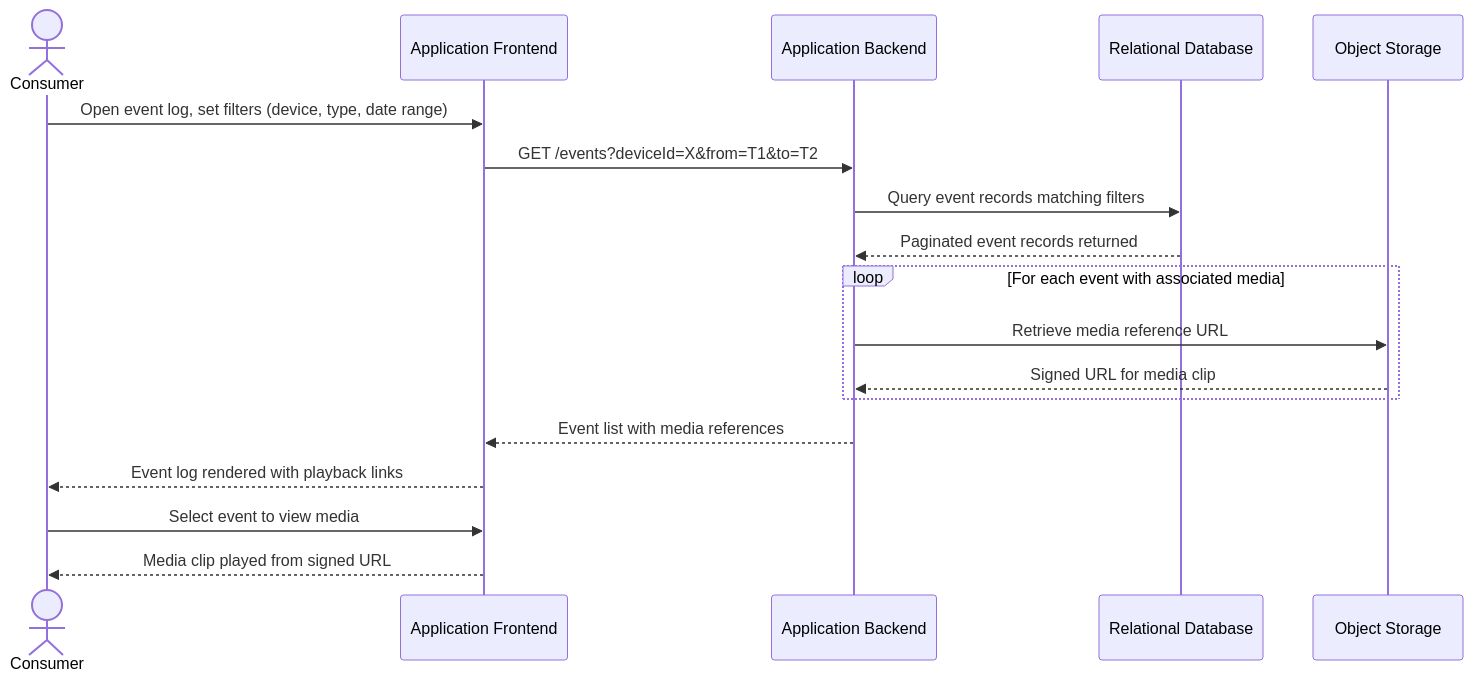
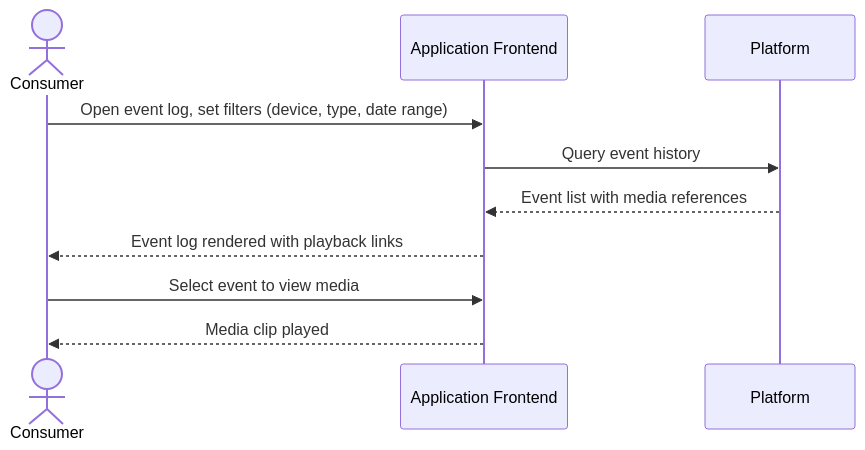
One commit to GarrettGruss/CS7346-401-report changed the seventh of 8 diagrams in docs/report/sections/03_use_cases/use_cases.md. Above: the diagram before and after it, drawn with Mermaid. The commit also changed other lines of this file and 10 other files, not shown here.

Commit message:
fix(03_use_cases): Simplifying use cases and re rendering diagrams with higher resoltuion fix(01_introduction): reducing content fix(05_quality attributes): adding requirements fix(08_cloud services): simplifying cloud components to bullet point list

````diff
--- a/docs/report/sections/03_use_cases/use_cases.md
+++ b/docs/report/sections/03_use_cases/use_cases.md
@@ -243,23 +188,13 @@
 ```mermaid
 sequenceDiagram
     actor Consumer
     participant Frontend as Application Frontend
-    participant Backend as Application Backend
-    participant DB as Relational Database
-    participant Storage as Object Storage
+    participant Platform as Platform
 
     Consumer->>Frontend: Open event log, set filters (device, type, date range)
-    Frontend->>Backend: GET /events?deviceId=X&from=T1&to=T2
-    Backend->>DB: Query event records matching filters
-    DB-->>Backend: Paginated event records returned
-
-    loop For each event with associated media
-        Backend->>Storage: Retrieve media reference URL
-        Storage-->>Backend: Signed URL for media clip
-    end
-
-    Backend-->>Frontend: Event list with media references
+    Frontend->>Platform: Query event history
+    Platform-->>Frontend: Event list with media references
     Frontend-->>Consumer: Event log rendered with playback links
     Consumer->>Frontend: Select event to view media
-    Frontend-->>Consumer: Media clip played from signed URL
+    Frontend-->>Consumer: Media clip played
 ```
````
